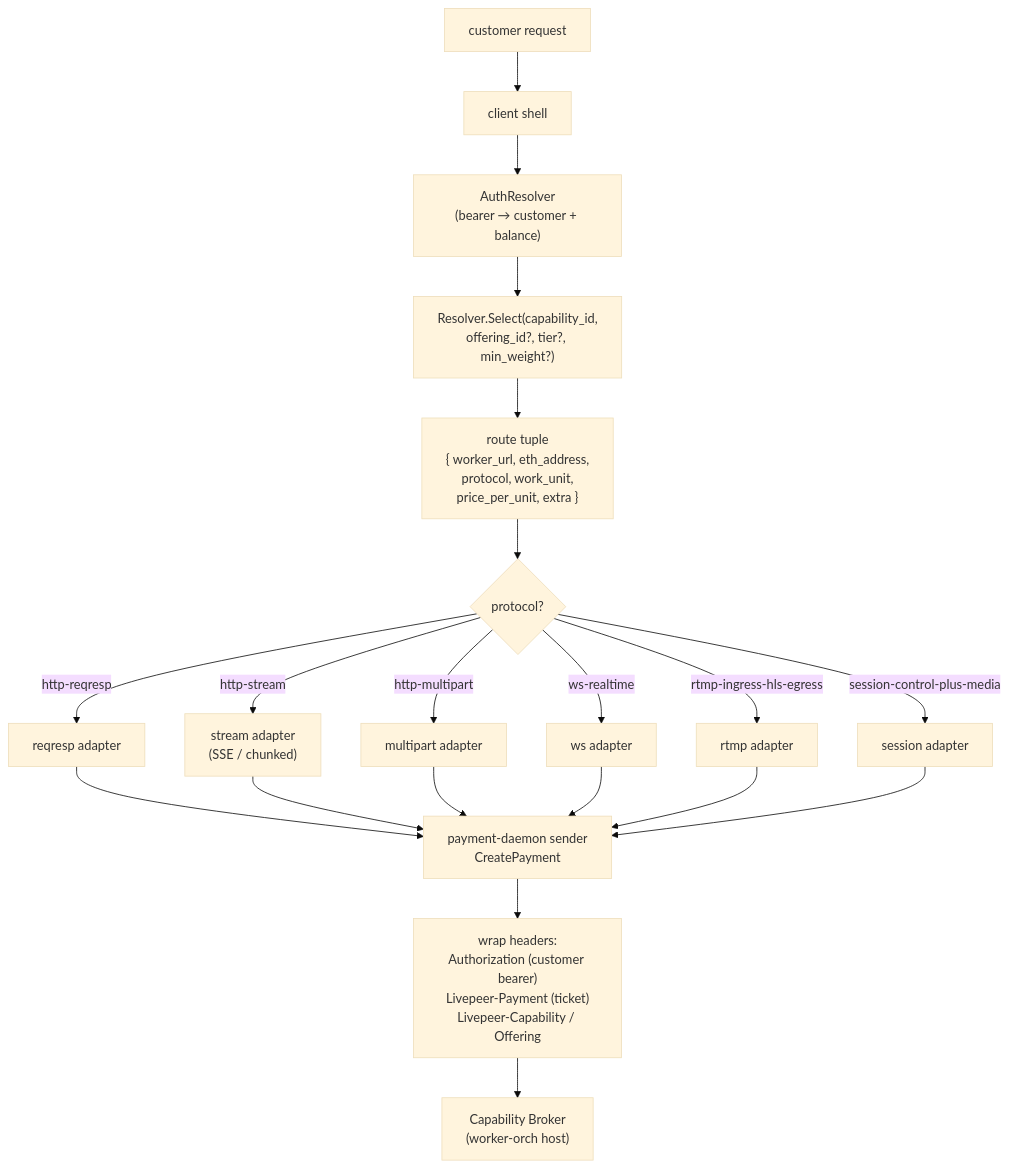
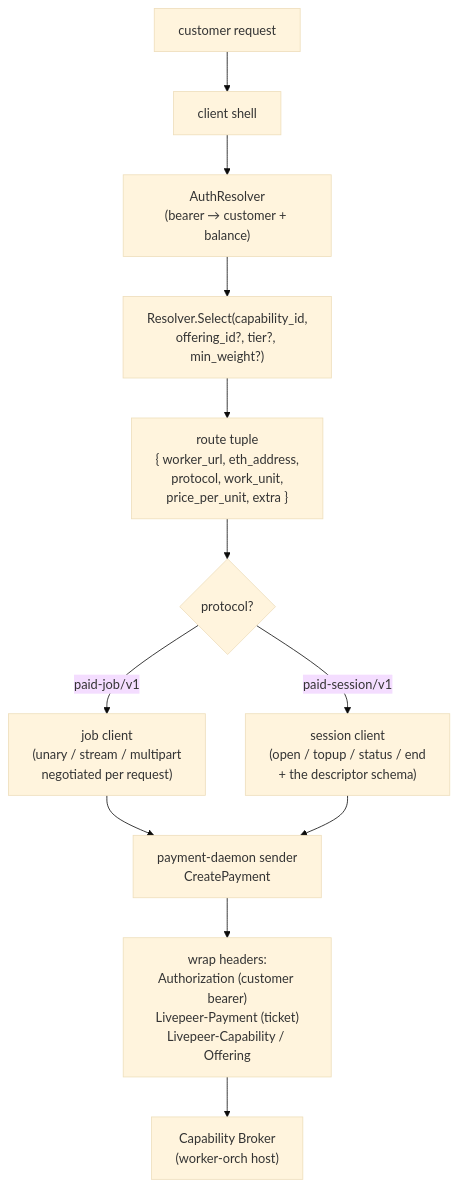
Before and after one commit to Cloud-SPE/livepeer-network-modules: the eighth of 9 diagrams in docs/design-docs/architecture-overview.md, drawn with Mermaid (base theme). The commit also changed other lines of this file and 101 other files, not shown here.

````diff
--- a/docs/design-docs/architecture-overview.md
+++ b/docs/design-docs/architecture-overview.md
@@ -836,25 +842,17 @@
 ```mermaid
 flowchart TD
     Cust["customer request"] --> Shell["client shell"]
     Shell --> Auth["AuthResolver<br/>(bearer → customer + balance)"]
     Auth --> Resolve["Resolver.Select(capability_id,<br/>offering_id?, tier?, min_weight?)"]
     Resolve --> Tuple["route tuple<br/>{ worker_url, eth_address,<br/>protocol, work_unit,<br/>price_per_unit, extra }"]
-    Tuple --> ModeSwitch{protocol?}
+    Tuple --> ProtoSwitch{protocol?}
 
-    ModeSwitch -->|http-reqresp| A1["reqresp adapter"]
-    ModeSwitch -->|http-stream| A2["stream adapter<br/>(SSE / chunked)"]
-    ModeSwitch -->|http-multipart| A3["multipart adapter"]
-    ModeSwitch -->|ws-realtime| A4["ws adapter"]
-    ModeSwitch -->|rtmp-ingress-hls-egress| A5["rtmp adapter"]
-    ModeSwitch -->|session-control-plus-media| A6["session adapter"]
+    ProtoSwitch -->|paid-job/v1| A1["job client<br/>(unary / stream / multipart<br/>negotiated per request)"]
+    ProtoSwitch -->|paid-session/v1| A2["session client<br/>(open / topup / status / end<br/>+ the descriptor schema)"]
 
     A1 --> Sender["payment-daemon sender<br/>CreatePayment"]
     A2 --> Sender
-    A3 --> Sender
-    A4 --> Sender
-    A5 --> Sender
-    A6 --> Sender
 
     Sender --> Wrap["wrap headers:<br/>Authorization (customer bearer)<br/>Livepeer-Payment (ticket)<br/>Livepeer-Capability / Offering"]
     Wrap --> Broker["Capability Broker<br/>(worker-orch host)"]
 ```
````
